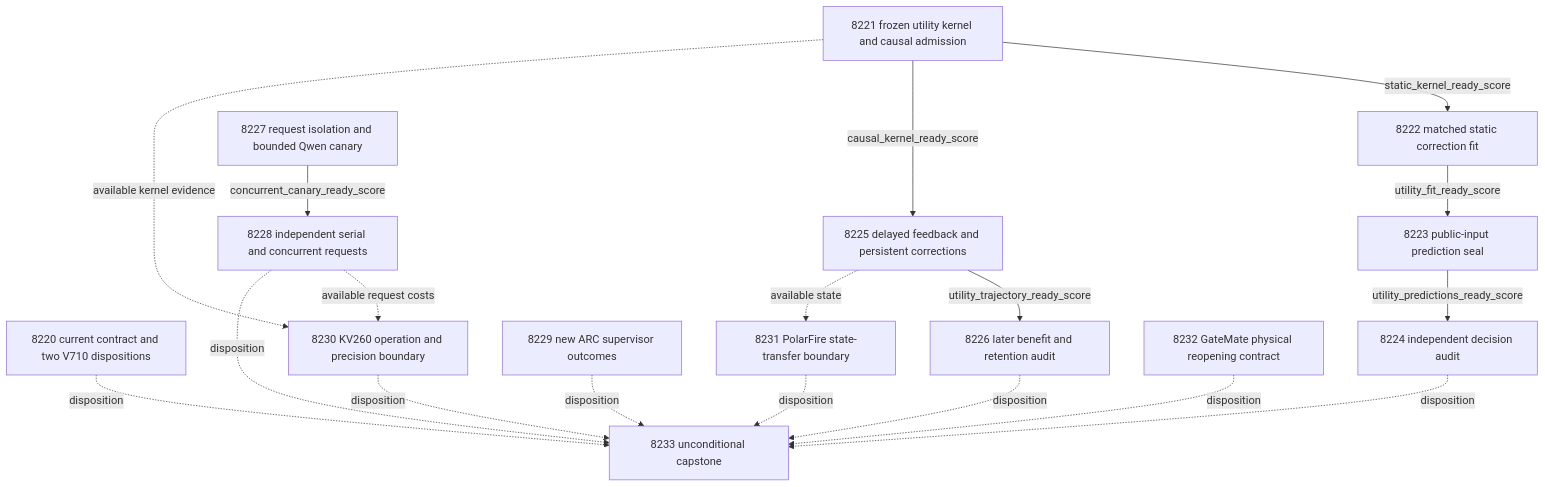
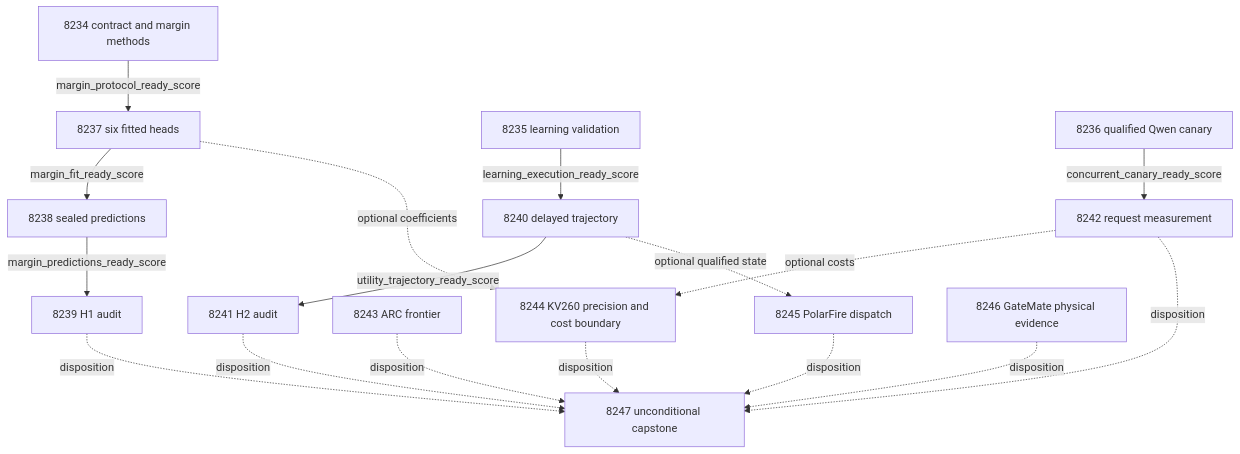
One commit to Carnot-EBM/carnot-ebm changed the second of 2 diagrams in openspec/change-proposals/research-roadmap-vNEXT.md. Above: the diagram before and after it, drawn with Mermaid. The commit also changed other lines of this file and 12 other files, not shown here.

````diff
--- a/openspec/change-proposals/research-roadmap-vNEXT.md
+++ b/openspec/change-proposals/research-roadmap-vNEXT.md
@@ -84,34 +268,23 @@
 ```mermaid
 flowchart TD
-  A[8220 current contract and two V710 dispositions]
-  K[8221 frozen utility kernel and causal admission]
-  F[8222 matched static correction fit]
-  S[8223 public-input prediction seal]
-  H1[8224 independent decision audit]
-  L[8225 delayed feedback and persistent corrections]
-  H2[8226 later benefit and retention audit]
-  C[8227 request isolation and bounded Qwen canary]
-  T[8228 independent serial and concurrent requests]
-  R[8229 new ARC supervisor outcomes]
-  V[8230 KV260 operation and precision boundary]
-  P[8231 PolarFire state-transfer boundary]
-  G[8232 GateMate physical reopening contract]
-  X[8233 unconditional capstone]
-  K -->|static_kernel_ready_score| F
-  F -->|utility_fit_ready_score| S
-  S -->|utility_predictions_ready_score| H1
-  K -->|causal_kernel_ready_score| L
-  L -->|utility_trajectory_ready_score| H2
-  C -->|concurrent_canary_ready_score| T
-  K -. available kernel evidence .-> V
-  L -. available state .-> P
-  T -. available request costs .-> V
-  A -. disposition .-> X
-  H1 -. disposition .-> X
-  H2 -. disposition .-> X
+  A[8234 contract and margin methods] -->|margin_protocol_ready_score| D[8237 six fitted heads]
+  D -->|margin_fit_ready_score| S[8238 sealed predictions]
+  S -->|margin_predictions_ready_score| E[8239 H1 audit]
+  L[8235 learning validation] -->|learning_execution_ready_score| R[8240 delayed trajectory]
+  R -->|utility_trajectory_ready_score| B[8241 H2 audit]
+  C[8236 qualified Qwen canary] -->|concurrent_canary_ready_score| T[8242 request measurement]
+  G[8243 ARC frontier]
+  K[8244 KV260 precision and cost boundary]
+  P[8245 PolarFire dispatch]
+  J[8246 GateMate physical evidence]
+  D -. optional coefficients .-> K
+  T -. optional costs .-> K
+  R -. optional qualified state .-> P
+  E -. disposition .-> X[8247 unconditional capstone]
+  B -. disposition .-> X
   T -. disposition .-> X
-  R -. disposition .-> X
-  V -. disposition .-> X
+  G -. disposition .-> X
+  K -. disposition .-> X
   P -. disposition .-> X
-  G -. disposition .-> X
+  J -. disposition .-> X
 ```
````
